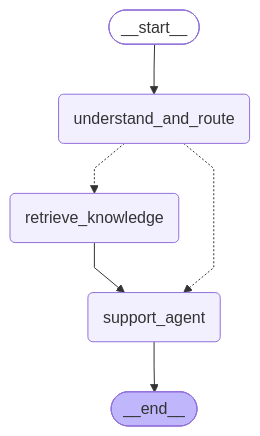
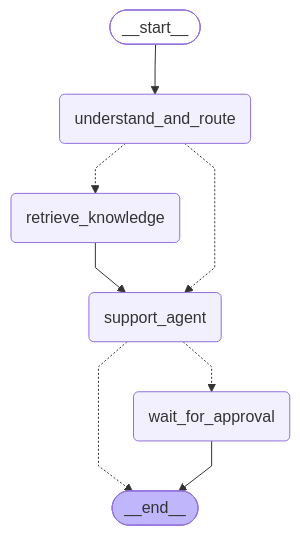
Before and after one commit to uowpoob/supportflow: the diagram in docs/support-graph.md, drawn with Mermaid. The commit also changed other lines of this file and 9 other files, not shown here.

````diff
--- a/docs/support-graph.md
+++ b/docs/support-graph.md
@@ -11,22 +11,25 @@
 ```mermaid
 ---
 config:
   flowchart:
     curve: linear
 ---
 graph TD;
 	__start__([<p>__start__</p>]):::first
 	understand_and_route(understand_and_route)
 	retrieve_knowledge(retrieve_knowledge)
 	support_agent(support_agent)
+	wait_for_approval(wait_for_approval)
 	__end__([<p>__end__</p>]):::last
 	__start__ --> understand_and_route;
 	retrieve_knowledge --> support_agent;
 	understand_and_route -.-> retrieve_knowledge;
 	understand_and_route -.-> support_agent;
-	support_agent --> __end__;
+	support_agent -.-> wait_for_approval;
+	support_agent -.-> __end__;
+	wait_for_approval --> __end__;
 	classDef default fill:#f2f0ff,line-height:1.2
 	classDef first fill-opacity:0
 	classDef last fill:#bfb6fc
 
 ```
````
